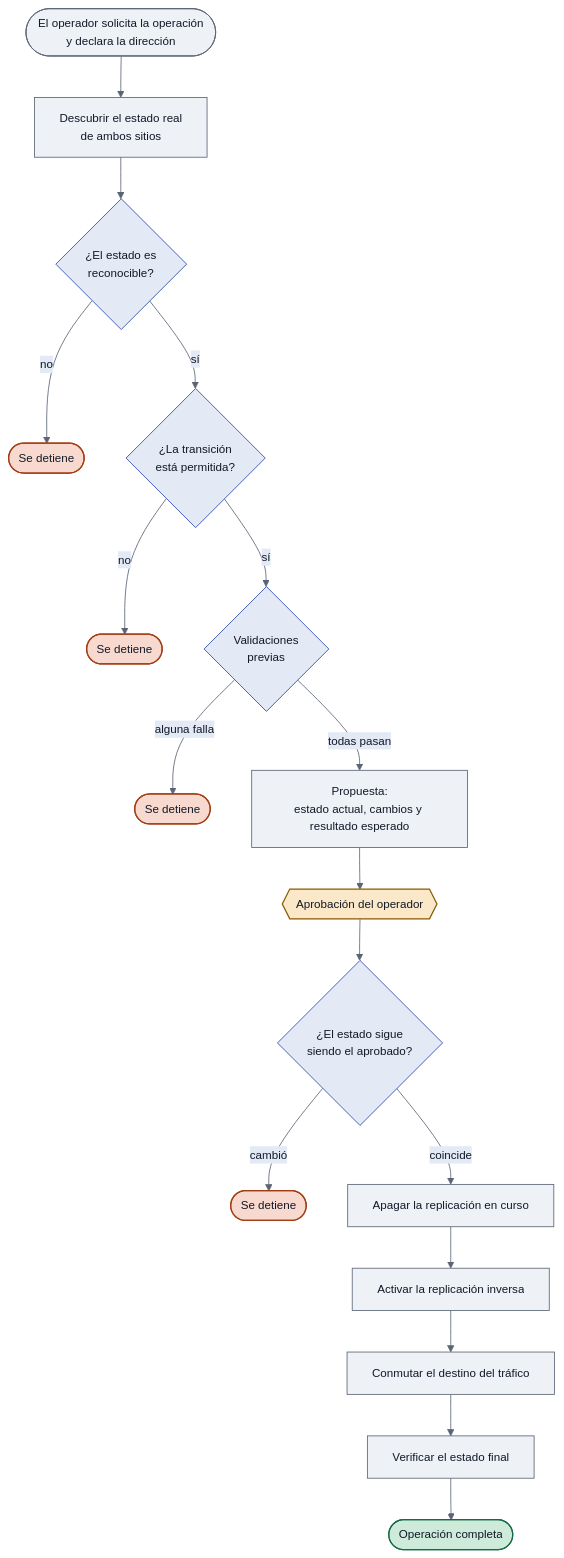
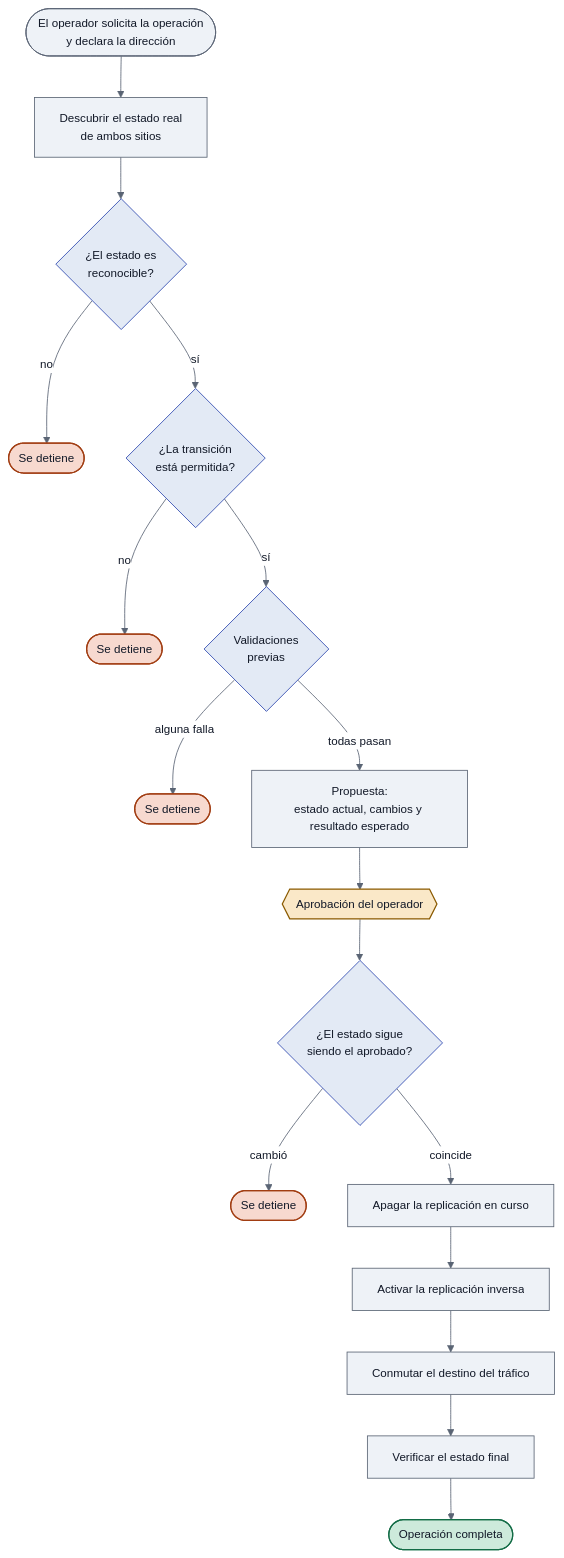
The second of 2 diagrams in README.md (Crittan01/aap-kafka-automation), drawn with Mermaid before and after one commit. The commit also changed other lines of this file, not shown here.

Commit message:
README: fondo blanco en las etiquetas de las flechas de los dos diagramas
En modo oscuro las etiquetas quedaban con texto oscuro sobre fondo oscuro y no
se leian. El init forzaba el tema claro para los nodos pero no cubria
edgeLabelBackground, que es lo que pinta el fondo detras del texto de cada
flecha. Afectaba tambien los si/no del diagrama de flujo.

````diff
--- a/README.md
+++ b/README.md
@@ -92,32 +92,32 @@
 ```mermaid
-%%{init: {'theme':'base','themeVariables':{'primaryColor':'#eef2f7','primaryTextColor':'#111827','primaryBorderColor':'#5a6474','lineColor':'#5a6474','secondaryColor':'#e3eaf5','tertiaryColor':'#ffffff','background':'#ffffff','mainBkg':'#eef2f7','textColor':'#111827','fontSize':'14px'}}}%%
+%%{init: {'theme':'base','themeVariables':{'primaryColor':'#eef2f7','primaryTextColor':'#111827','primaryBorderColor':'#5a6474','lineColor':'#5a6474','secondaryColor':'#e3eaf5','tertiaryColor':'#ffffff','background':'#ffffff','mainBkg':'#eef2f7','textColor':'#111827','edgeLabelBackground':'#ffffff','labelBackground':'#ffffff','labelBoxBkgColor':'#ffffff','labelTextColor':'#111827','fontSize':'14px'}}}%%
 flowchart TD
     OP([El operador solicita la operación<br/>y declara la dirección]) --> DESC[Descubrir el estado real<br/>de ambos sitios]
     DESC --> COH{¿El estado es<br/>reconocible?}
     COH -->|no| S1([Se detiene])
     COH -->|sí| VAL{¿La transición<br/>está permitida?}
     VAL -->|no| S2([Se detiene])
     VAL -->|sí| PRE{Validaciones<br/>previas}
     PRE -->|alguna falla| S3([Se detiene])
     PRE -->|todas pasan| PROP[Propuesta:<br/>estado actual, cambios y resultado esperado]
     PROP --> APR{{Aprobación del operador}}
     APR --> REV{¿El estado sigue<br/>siendo el aprobado?}
     REV -->|cambió| S4([Se detiene])
     REV -->|coincide| EX1[Apagar la replicación en curso]
     EX1 --> EX2[Activar la replicación inversa]
     EX2 --> EX3[Conmutar el destino del tráfico]
     EX3 --> VER[Verificar el estado final]
     VER --> FIN([Operación completa])
 
     classDef paso     fill:#eef2f7,stroke:#5a6474,color:#111827,stroke-width:1px
     classDef decision fill:#e3eaf5,stroke:#2b46ae,color:#111827,stroke-width:1px
     classDef detiene  fill:#f7d9cf,stroke:#a13d12,color:#111827,stroke-width:1.5px
     classDef aprueba  fill:#fae8c8,stroke:#8a5a00,color:#111827,stroke-width:1.5px
     classDef fin      fill:#cdeadb,stroke:#136c46,color:#111827,stroke-width:1.5px
 
     class OP,DESC,PROP,EX1,EX2,EX3,VER paso
     class COH,VAL,PRE,REV decision
     class S1,S2,S3,S4 detiene
     class APR aprueba
     class FIN fin
 ```
````
